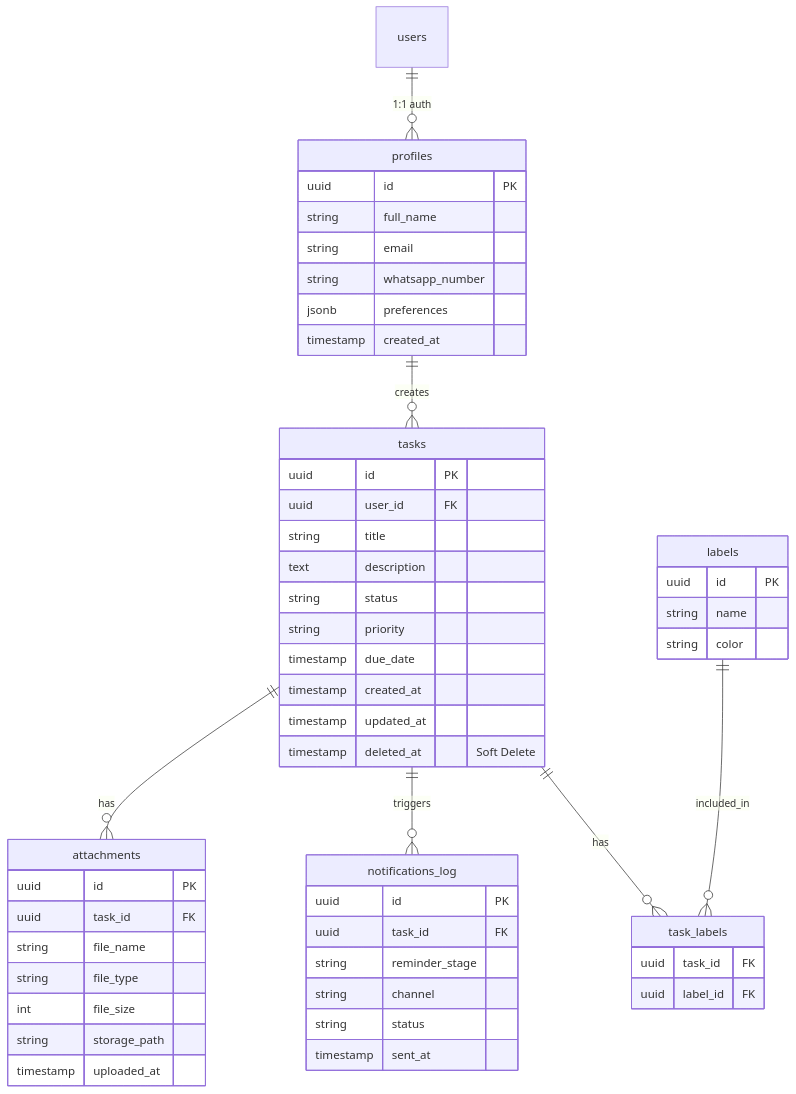
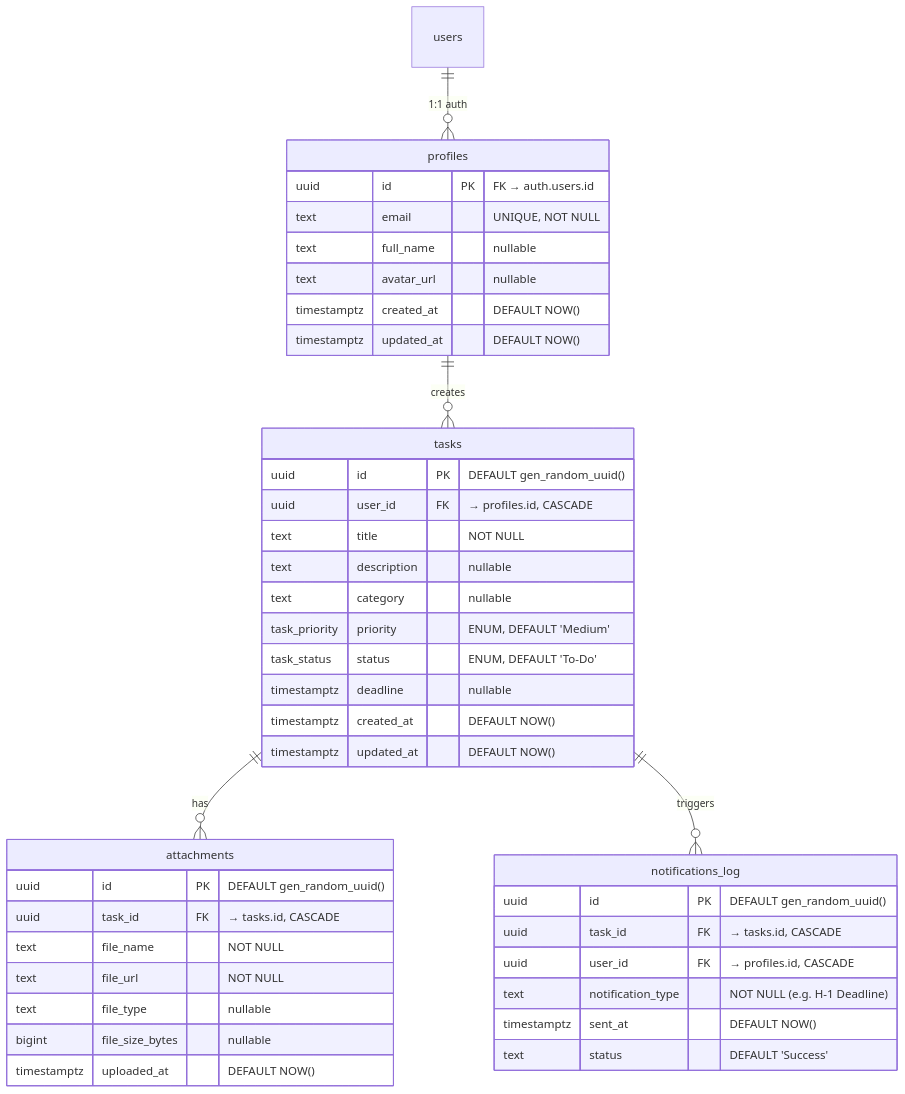
Before and after one commit to Iqbalpurnama-ux/Sistem-Manajemen-Tugas: the diagram in Project_Documentation/Database.md, drawn with Mermaid. The commit also changed other lines of this file and 43 other files, not shown here.

````diff
--- a/Project_Documentation/Database.md
+++ b/Project_Documentation/Database.md
@@ -7,61 +9,48 @@
 ```mermaid
 erDiagram
     users ||--o{ profiles : "1:1 auth"
     profiles ||--o{ tasks : "creates"
     tasks ||--o{ attachments : "has"
     tasks ||--o{ notifications_log : "triggers"
-    tasks ||--o{ task_labels : "has"
-    labels ||--o{ task_labels : "included_in"
 
     profiles {
-        uuid id PK
-        string full_name
-        string email
-        string whatsapp_number
-        jsonb preferences
-        timestamp created_at
+        uuid id PK "FK → auth.users.id"
+        text email "UNIQUE, NOT NULL"
+        text full_name "nullable"
+        text avatar_url "nullable"
+        timestamptz created_at "DEFAULT NOW()"
+        timestamptz updated_at "DEFAULT NOW()"
     }
 
     tasks {
-        uuid id PK
-        uuid user_id FK
-        string title
-        text description
-        string status
-        string priority
-        timestamp due_date
-        timestamp created_at
-        timestamp updated_at
-        timestamp deleted_at "Soft Delete"
+        uuid id PK "DEFAULT gen_random_uuid()"
+        uuid user_id FK "→ profiles.id, CASCADE"
+        text title "NOT NULL"
+        text description "nullable"
+        text category "nullable"
+        task_priority priority "ENUM, DEFAULT 'Medium'"
+        task_status status "ENUM, DEFAULT 'To-Do'"
+        timestamptz deadline "nullable"
+        timestamptz created_at "DEFAULT NOW()"
+        timestamptz updated_at "DEFAULT NOW()"
     }
 
     attachments {
-        uuid id PK
-        uuid task_id FK
-        string file_name
-        string file_type
-        int file_size
-        string storage_path
-        timestamp uploaded_at
-    }
-
-    labels {
-        uuid id PK
-        string name
-        string color
-    }
-
-    task_labels {
-        uuid task_id FK
-        uuid label_id FK
+        uuid id PK "DEFAULT gen_random_uuid()"
+        uuid task_id FK "→ tasks.id, CASCADE"
+        text file_name "NOT NULL"
+        text file_url "NOT NULL"
+        text file_type "nullable"
+        bigint file_size_bytes "nullable"
+        timestamptz uploaded_at "DEFAULT NOW()"
     }
 
     notifications_log {
-        uuid id PK
-        uuid task_id FK
-        string reminder_stage
-        string channel
-        string status
-        timestamp sent_at
+        uuid id PK "DEFAULT gen_random_uuid()"
+        uuid task_id FK "→ tasks.id, CASCADE"
+        uuid user_id FK "→ profiles.id, CASCADE"
+        text notification_type "NOT NULL (e.g. H-1 Deadline)"
+        timestamptz sent_at "DEFAULT NOW()"
+        text status "DEFAULT 'Success'"
     }
 ```
````
